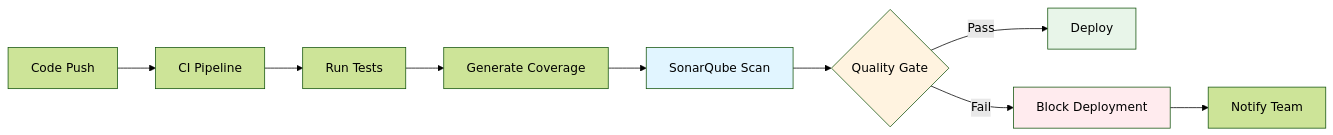
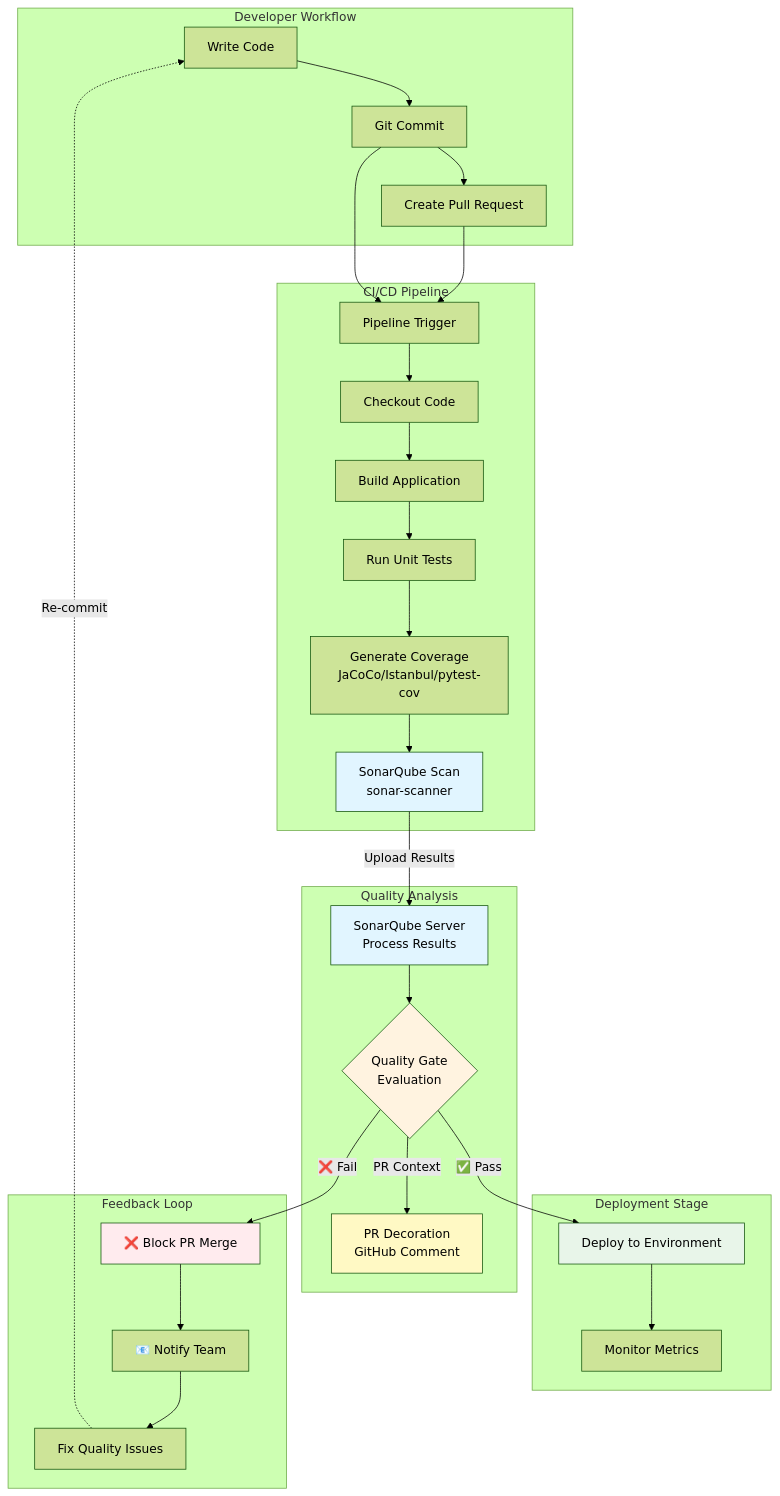
Before and after one commit to jeanparpaillon/tuto_devops_slides: the third of 6 diagrams in slides/pages/dev-sonarqube-xray.md, drawn with Mermaid (forest theme). The commit also changed other lines of this file, not shown here.

````diff
--- a/slides/pages/dev-sonarqube-xray.md
+++ b/slides/pages/dev-sonarqube-xray.md
@@ -476,16 +508,64 @@
 ```mermaid
-flowchart LR
-    Push[Code Push] --> CI[CI Pipeline]
-    CI --> Test[Run Tests]
-    Test --> Coverage[Generate Coverage]
-    Coverage --> Sonar[SonarQube Scan]
-    Sonar --> Gate{Quality Gate}
-    Gate -->|Pass| Deploy[Deploy]
-    Gate -->|Fail| Block[Block Deployment]
-    Block --> Notify[Notify Team]
+flowchart TB
+    subgraph Developer["Developer Workflow"]
+        Code[Write Code]
+        Commit[Git Commit]
+        PR[Create Pull Request]
+    end
     
-    style Sonar fill:#e1f5ff
-    style Gate fill:#fff3e0
+    subgraph CI["CI/CD Pipeline"]
+        Trigger[Pipeline Trigger]
+        Checkout[Checkout Code]
+        Build[Build Application]
+        UnitTest[Run Unit Tests]
+        Coverage[Generate Coverage<br/>JaCoCo/Istanbul/pytest-cov]
+        SonarScan[SonarQube Scan<br/>sonar-scanner]
+    end
+    
+    subgraph Quality["Quality Analysis"]
+        SonarServer[SonarQube Server<br/>Process Results]
+        QualityGate{Quality Gate<br/>Evaluation}
+        PRDecorate[PR Decoration<br/>GitHub Comment]
+    end
+    
+    subgraph Deployment["Deployment Stage"]
+        Deploy[Deploy to Environment]
+        Monitor[Monitor Metrics]
+    end
+    
+    subgraph Feedback["Feedback Loop"]
+        BlockPR[❌ Block PR Merge]
+        Notify[📧 Notify Team]
+        Improve[Fix Quality Issues]
+    end
+    
+    Code --> Commit
+    Commit --> PR
+    PR --> Trigger
+    Commit --> Trigger
+    
+    Trigger --> Checkout
+    Checkout --> Build
+    Build --> UnitTest
+    UnitTest --> Coverage
+    Coverage --> SonarScan
+    
+    SonarScan -->|Upload Results| SonarServer
+    SonarServer --> QualityGate
+    QualityGate -->|PR Context| PRDecorate
+    
+    QualityGate -->|✅ Pass| Deploy
+    Deploy --> Monitor
+    
+    QualityGate -->|❌ Fail| BlockPR
+    BlockPR --> Notify
+    Notify --> Improve
+    Improve -.->|Re-commit| Code
+    
+    style SonarScan fill:#e1f5ff
+    style SonarServer fill:#e1f5ff
+    style QualityGate fill:#fff3e0
     style Deploy fill:#e8f5e9
-    style Block fill:#ffebee
+    style BlockPR fill:#ffebee
+    style PRDecorate fill:#fff9c4
 ```
````
